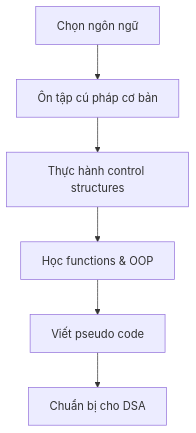
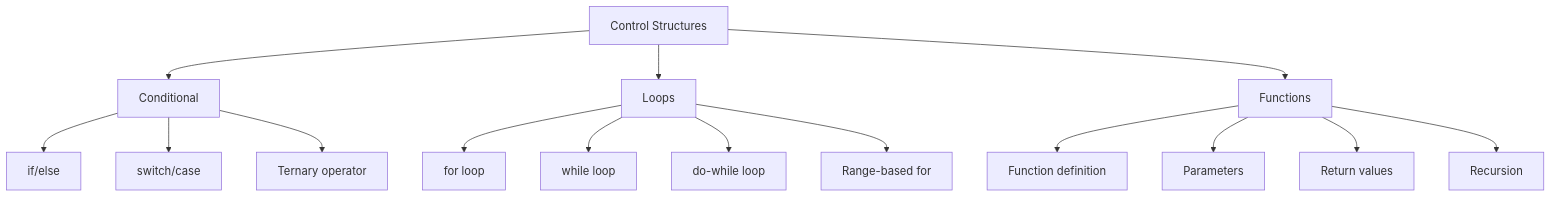
Before and after one commit to khieu-dv/vievlog: the first of 2 diagrams in src/content/soft-skills/dsa/bai-1.md, drawn with Mermaid. The commit also changed other lines of this file and 19 other files, not shown here.

````diff
--- a/src/content/soft-skills/dsa/bai-1.md
+++ b/src/content/soft-skills/dsa/bai-1.md
@@ -38,8 +63,20 @@
 ```mermaid
 flowchart TD
-    A[Chọn ngôn ngữ] --> B[Ôn tập cú pháp cơ bản]
-    B --> C[Thực hành control structures]
-    C --> D[Học functions & OOP]
-    D --> E[Viết pseudo code]
-    E --> F[Chuẩn bị cho DSA]
+    A[Control Structures] --> B[Conditional]
+    A --> C[Loops]
+    A --> D[Functions]
+
+    B --> B1[if/else]
+    B --> B2[switch/case]
+    B --> B3[Ternary operator]
+
+    C --> C1[for loop]
+    C --> C2[while loop]
+    C --> C3[do-while loop]
+    C --> C4[Range-based for]
+
+    D --> D1[Function definition]
+    D --> D2[Parameters]
+    D --> D3[Return values]
+    D --> D4[Recursion]
 ```
````
